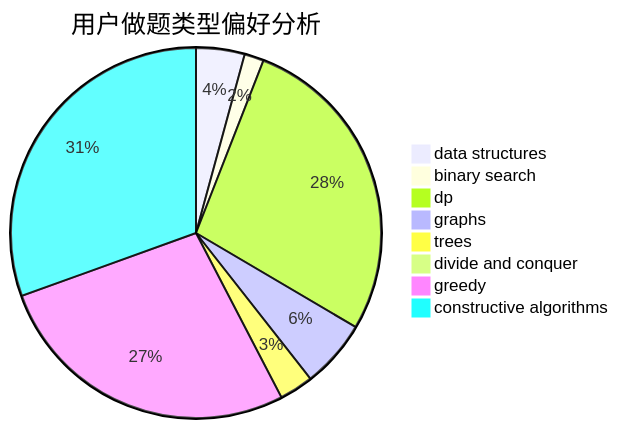
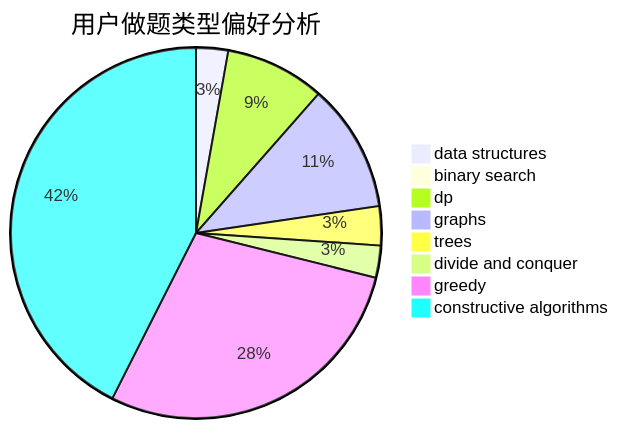
The second of 3 diagrams in docs/user/u1456.md (sherpahu/cfrs.github.io), drawn with Mermaid before and after one commit. The commit also changed other lines of this file and 2770 other files, not shown here.

````diff
--- a/docs/user/u1456.md
+++ b/docs/user/u1456.md
@@ -23,11 +23,11 @@
 ```mermaid
 pie title 用户做题类型偏好分析
-    "data structures" :  10
-    "binary search" :  4
-    "dp" :  65
-    "graphs" :  14
-    "trees" :  7
-    "divide and conquer" :  0
-    "greedy" :  64
-    "constructive algorithms" :  72
+    "data structures" :  9
+    "binary search" :  3
+    "dp" :  28
+    "graphs" :  36
+    "trees" :  11
+    "divide and conquer" :  9
+    "greedy" :  92
+    "constructive algorithms" :  137
 ```
````
